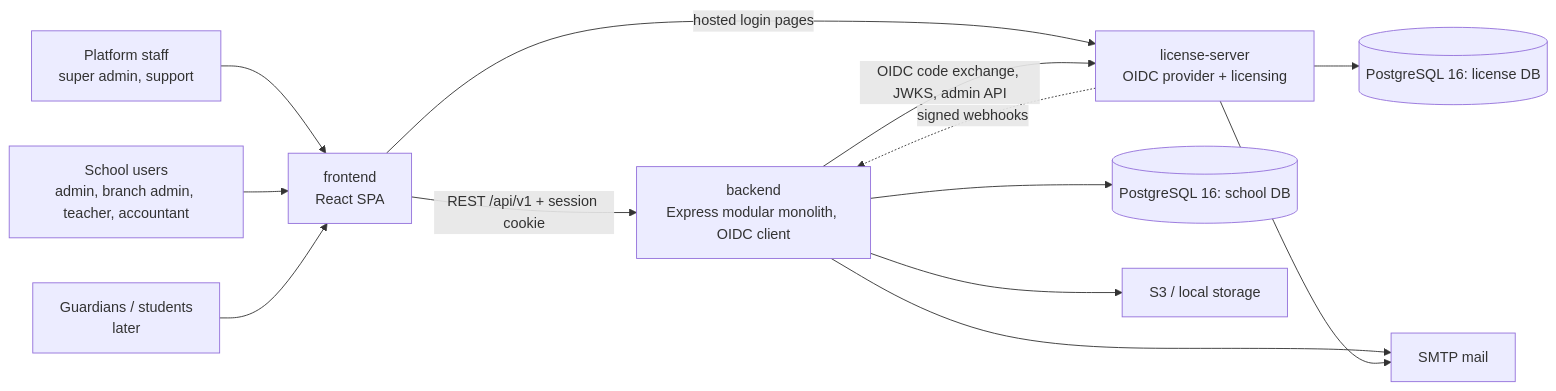
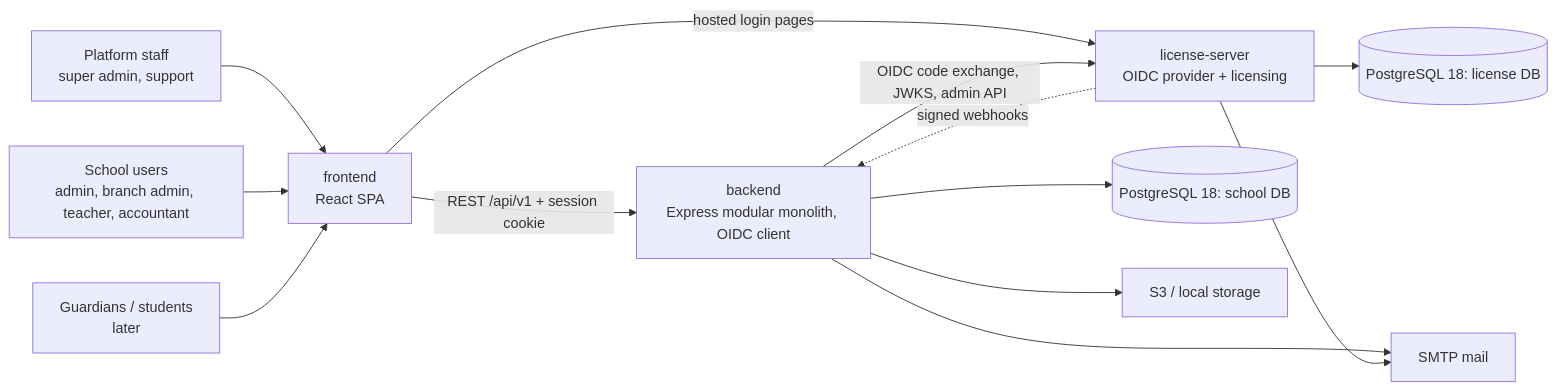
The first of 4 diagrams in backend/docs/target-architecture.md (subashrs31/School-OS), drawn with Mermaid before and after one commit. The commit also changed 94 other files, not shown here.

````diff
--- a/backend/docs/target-architecture.md
+++ b/backend/docs/target-architecture.md
@@ -21,15 +21,15 @@
 ```mermaid
 flowchart LR
   PU[Platform staff<br/>super admin, support] --> SPA
   SU[School users<br/>admin, branch admin, teacher, accountant] --> SPA
   GU[Guardians / students<br/>later] --> SPA
   SPA[frontend<br/>React SPA] -->|REST /api/v1 + session cookie| API[backend<br/>Express modular monolith, OIDC client]
   SPA -->|hosted login pages| LS[license-server<br/>OIDC provider + licensing]
   API -->|OIDC code exchange, JWKS, admin API| LS
   LS -. signed webhooks .-> API
-  API --> PG[(PostgreSQL 16: school DB)]
-  LS --> LPG[(PostgreSQL 16: license DB)]
+  API --> PG[(PostgreSQL 18: school DB)]
+  LS --> LPG[(PostgreSQL 18: license DB)]
   API --> SMTP[SMTP mail]
   LS --> SMTP
   API --> S3[S3 / local storage]
 ```
````
